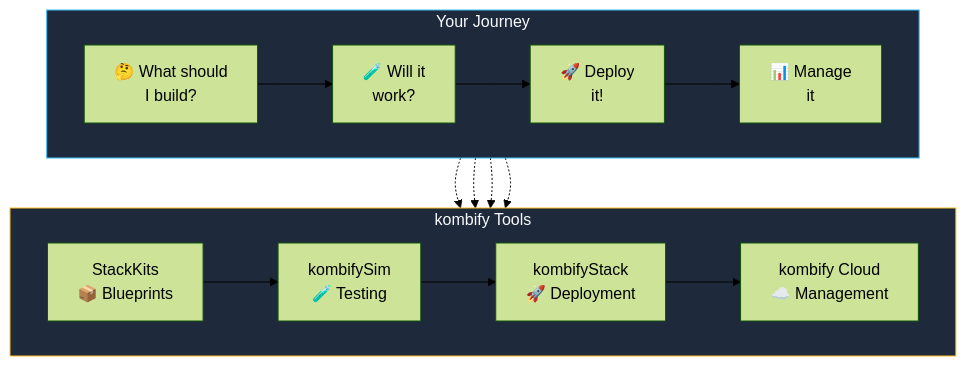
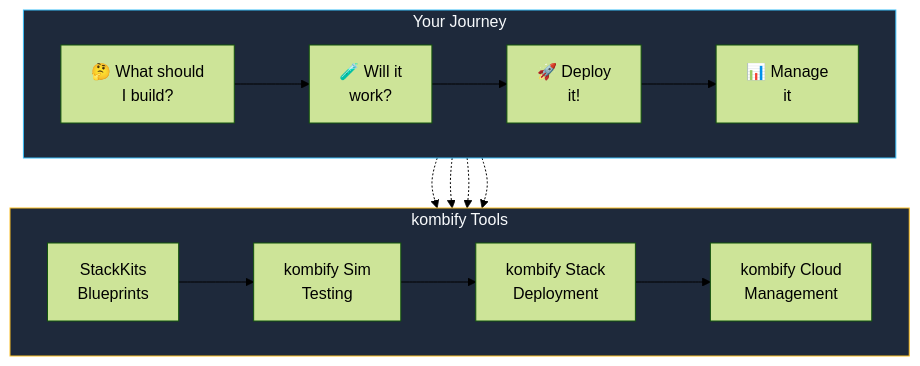
Before and after one commit to KombiverseLabs/docs: the first of 8 diagrams in ecosystem.mdx, drawn with Mermaid (forest theme). The commit also changed other lines of this file and 35 other files, not shown here.

````diff
--- a/ecosystem.mdx
+++ b/ecosystem.mdx
@@ -12,30 +12,30 @@
 ```mermaid
 graph TB
     subgraph User["Your Journey"]
         direction LR
         Q1["🤔 What should<br/>I build?"]
         Q2["🧪 Will it<br/>work?"]
         Q3["🚀 Deploy<br/>it!"]
         Q4["📊 Manage<br/>it"]
         
         Q1 --> Q2 --> Q3 --> Q4
     end
     
     subgraph Tools["kombify Tools"]
         direction LR
-        SK["StackKits<br/>📦 Blueprints"]
-        Sim["kombifySim<br/>🧪 Testing"]
-        Stack["kombifyStack<br/>🚀 Deployment"]
-        Platform["kombify Cloud<br/>☁️ Management"]
+        SK["StackKits<br/>Blueprints"]
+        Sim["kombify Sim<br/>Testing"]
+        Stack["kombify Stack<br/>Deployment"]
+        Platform["kombify Cloud<br/>Management"]
         
         SK --> Sim --> Stack --> Platform
     end
     
     Q1 -.-> SK
     Q2 -.-> Sim
     Q3 -.-> Stack
     Q4 -.-> Platform
     
     style User fill:#1e293b,stroke:#38bdf8,color:#f8fafc
     style Tools fill:#1e293b,stroke:#fbbf24,color:#f8fafc
 ```
````
